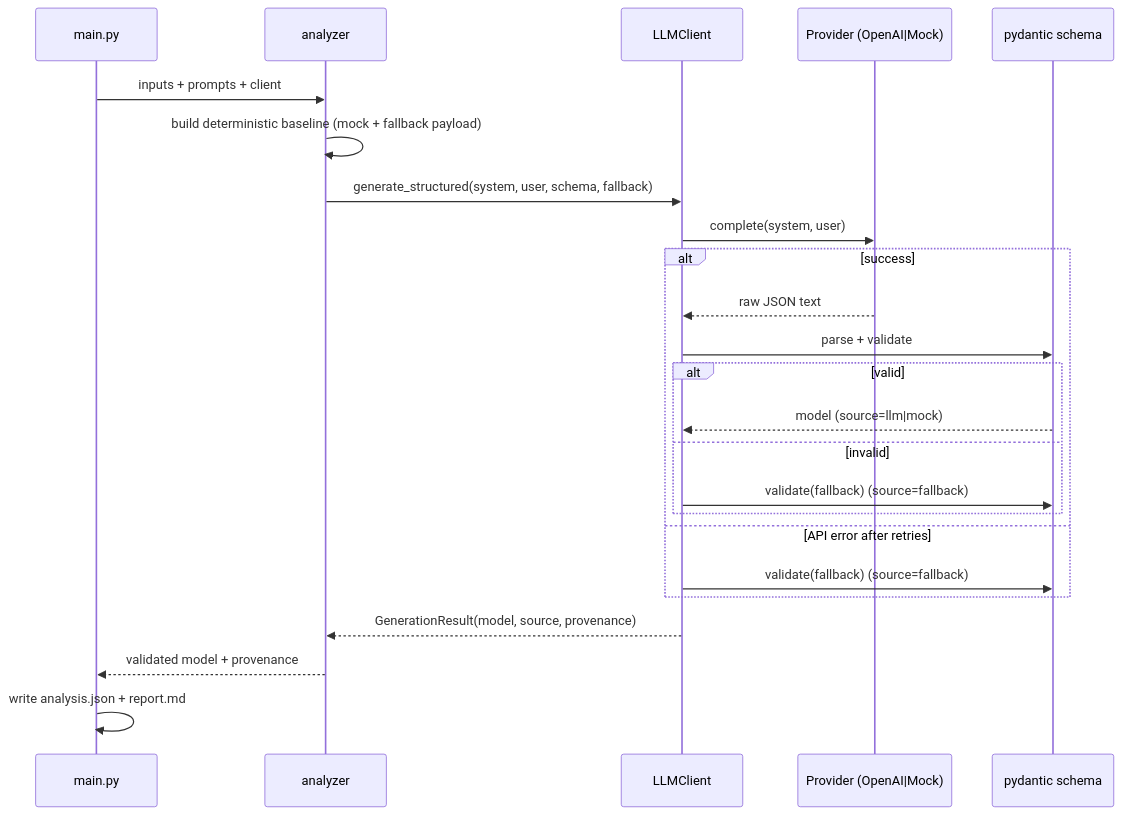
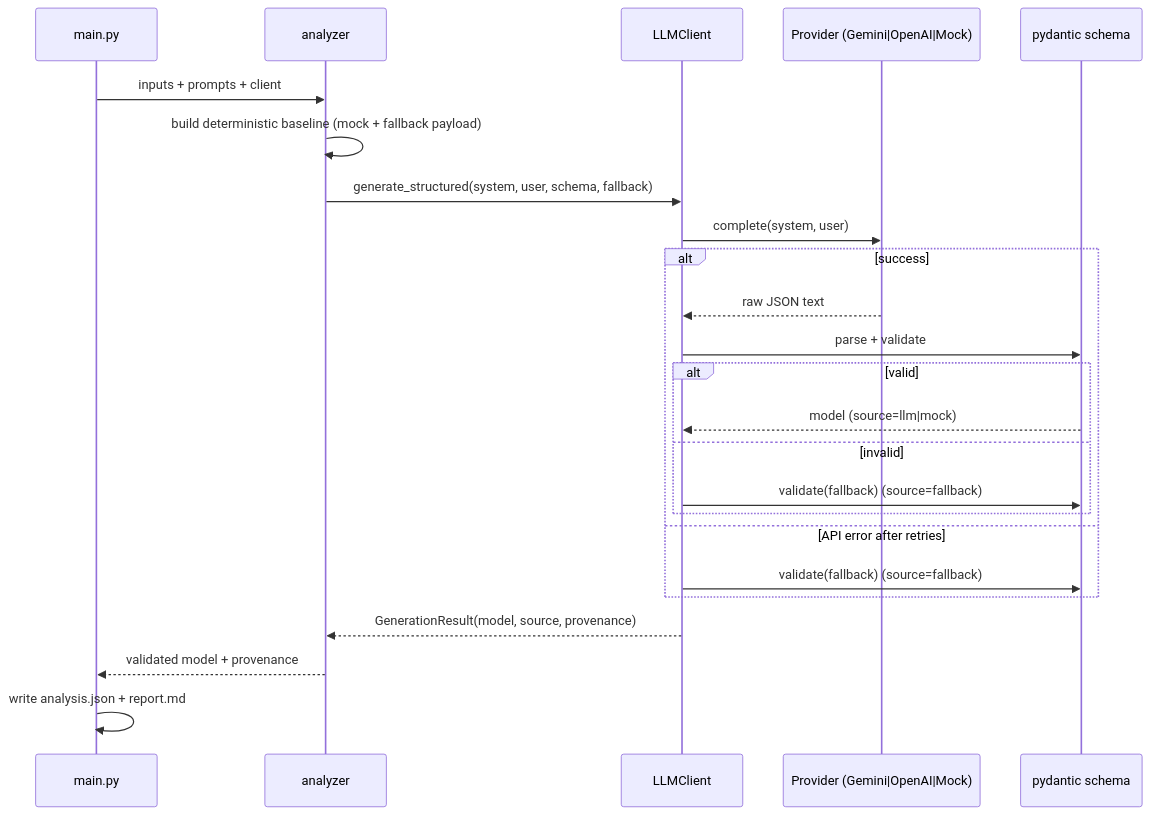
One commit to nicolyyr/bradesco-bbi-ai-challenge changed the diagram in ARCHITECTURE.md. Above: the diagram before and after it, drawn with Mermaid. The commit also changed other lines of this file and 11 other files, not shown here.

First line of the commit message:
Add Google Gemini as default LLM provider (free tier)

````diff
--- a/ARCHITECTURE.md
+++ b/ARCHITECTURE.md
@@ -63,27 +63,27 @@
 ```mermaid
 sequenceDiagram
     participant U as main.py
     participant A as analyzer
     participant C as LLMClient
-    participant P as Provider (OpenAI|Mock)
+    participant P as Provider (Gemini|OpenAI|Mock)
     participant S as pydantic schema
 
     U->>A: inputs + prompts + client
     A->>A: build deterministic baseline (mock + fallback payload)
     A->>C: generate_structured(system, user, schema, fallback)
     C->>P: complete(system, user)
     alt success
         P-->>C: raw JSON text
         C->>S: parse + validate
         alt valid
             S-->>C: model  (source=llm|mock)
         else invalid
             C->>S: validate(fallback)  (source=fallback)
         end
     else API error after retries
         C->>S: validate(fallback)  (source=fallback)
     end
     C-->>A: GenerationResult(model, source, provenance)
     A-->>U: validated model + provenance
     U->>U: write analysis.json + report.md
 ```
````
